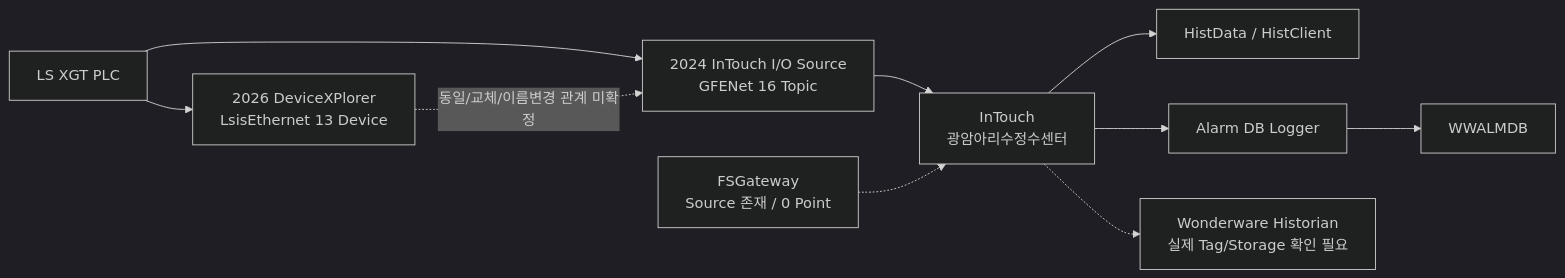
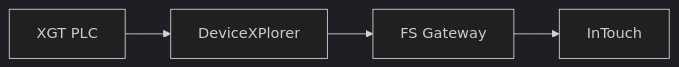
One commit to hori5000/Rulmera-OPA changed the third of 3 diagrams in 20-Water-AI/광암/20-현장-시스템/02-Wonderware-DeviceXPlorer-InTouch-Historian-구조.md. Above: the diagram before and after it, drawn with Mermaid (dark theme). The commit also changed other lines of this file and 190 other files, not shown here.

````diff
--- a/20-Water-AI/광암/20-현장-시스템/02-Wonderware-DeviceXPlorer-InTouch-Historian-구조.md
+++ b/20-Water-AI/광암/20-현장-시스템/02-Wonderware-DeviceXPlorer-InTouch-Historian-구조.md
@@ -291,12 +109,4 @@
 ```mermaid
 flowchart LR
-    PLC["LS XGT PLC"] --> DXP["2026 DeviceXPlorer<br/>LsisEthernet 13 Device"]
-    PLC --> GF["2024 InTouch I/O Source<br/>GFENet 16 Topic"]
-    DXP -.->|"동일/교체/이름변경 관계 미확정"| GF
-    GF --> IT["InTouch<br/>광암아리수정수센터"]
-    FSG["FSGateway<br/>Source 존재 / 0 Point"] -.-> IT
-    IT --> HD["HistData / HistClient"]
-    IT --> ALM["Alarm DB Logger"]
-    ALM --> WW["WWALMDB"]
-    IT -.-> HIST["Wonderware Historian<br/>실제 Tag/Storage 확인 필요"]
+    PLC["XGT PLC"] --> DXP["DeviceXPlorer"] --> FSG["FS Gateway"] --> IT["InTouch"]
 ```
````
